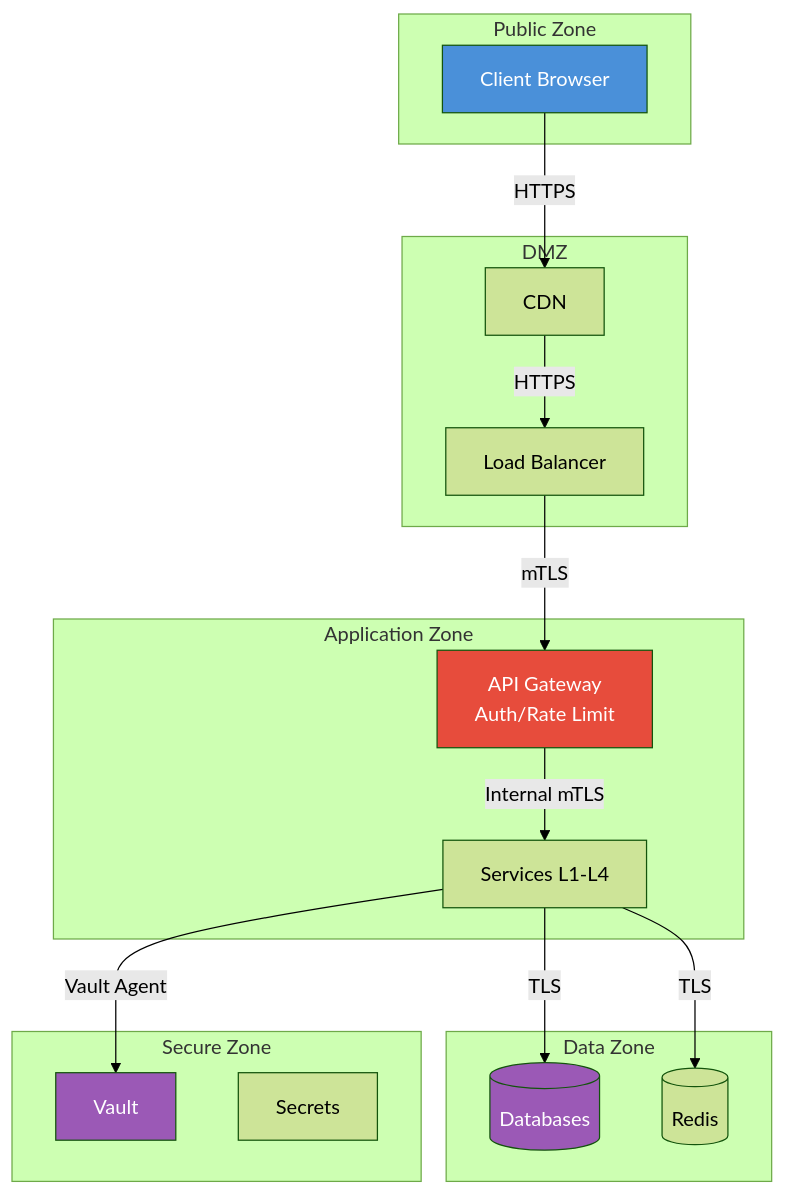
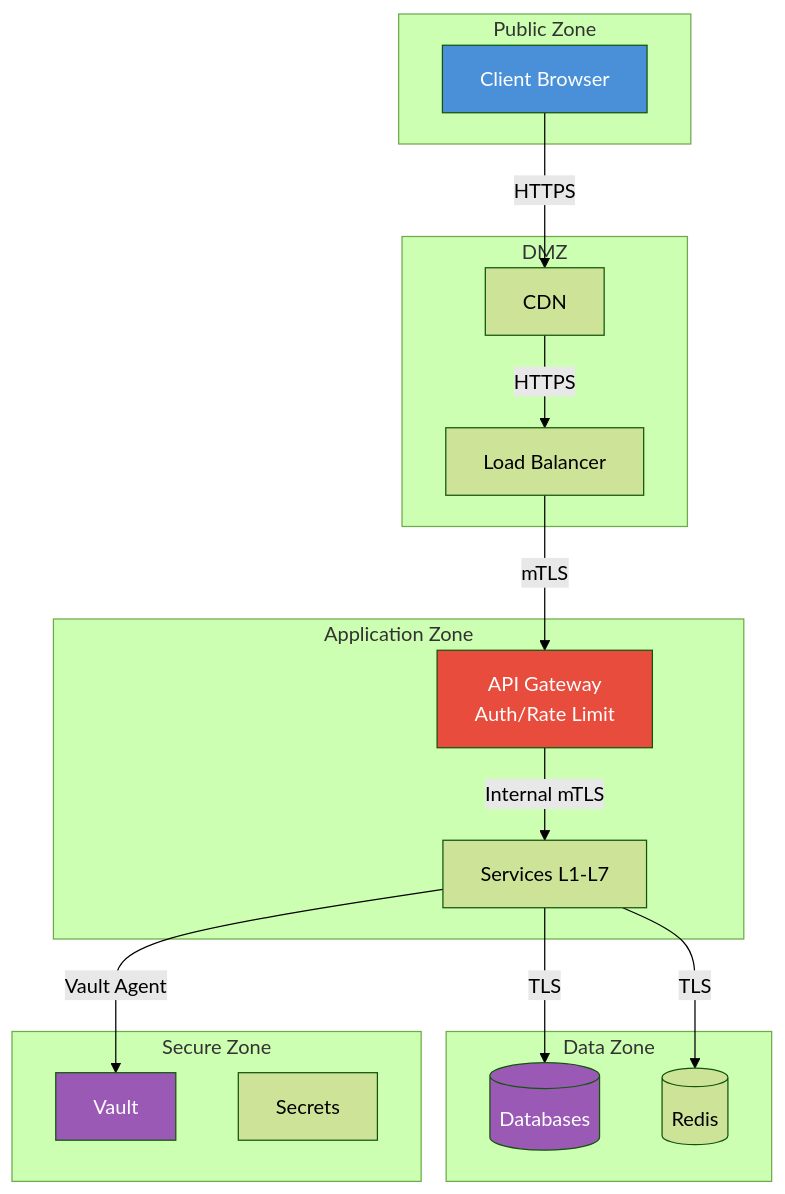
Before and after one commit to Valynt/Fabric_4L: diagram 11 of 11 in docs/core-concepts/architecture.md, drawn with Mermaid (forest theme). The commit also changed other lines of this file and 64 other files, not shown here.

First line of the commit message:
docs: consolidate architecture documentation and update command references

````diff
--- a/docs/core-concepts/architecture.md
+++ b/docs/core-concepts/architecture.md
@@ -460,39 +585,39 @@
 ```mermaid
 graph TB
     subgraph "Public Zone"
         CLIENT[Client Browser]
     end
     
     subgraph "DMZ"
         LB[Load Balancer]
         CDN[CDN]
     end
     
     subgraph "Application Zone"
         GW[API Gateway<br/>Auth/Rate Limit]
-        SVC[Services L1-L4]
+        SVC[Services L1-L7]
     end
     
     subgraph "Data Zone"
         DB[(Databases)]
         CACHE[(Redis)]
     end
     
     subgraph "Secure Zone"
         VAULT[Vault]
         SECRETS[Secrets]
     end
     
     CLIENT -->|HTTPS| CDN
     CDN -->|HTTPS| LB
     LB -->|mTLS| GW
     GW -->|Internal mTLS| SVC
     SVC -->|TLS| DB
     SVC -->|TLS| CACHE
     SVC -->|Vault Agent| VAULT
     
     style CLIENT fill:#4a90d9,color:white
     style GW fill:#e74c3c,color:white
     style DB fill:#9b59b6,color:white
     style VAULT fill:#9b59b6,color:white
 ```
````
